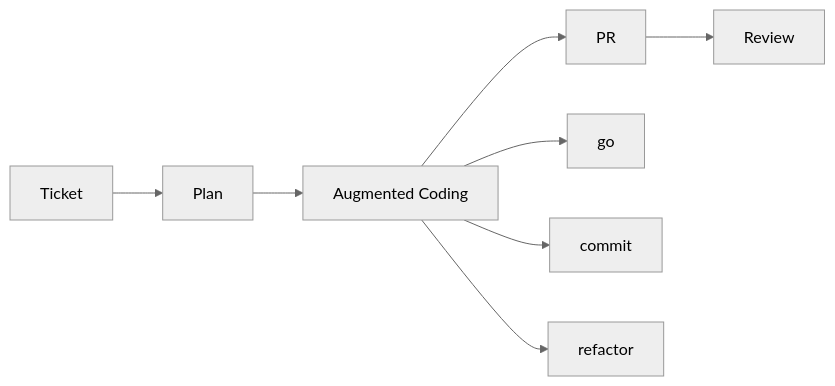
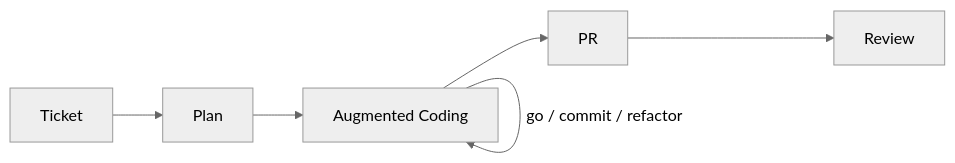
One commit to currenjin/currenjin.github.io changed the diagram in _wiki/augmented-coding.md. Above: the diagram before and after it, drawn with Mermaid (neutral theme).

Commit message:
Docs: Change augmented coding diagram to self-loop labeled go/commit/refactor

````diff
--- a/_wiki/augmented-coding.md
+++ b/_wiki/augmented-coding.md
@@ -59,11 +59,9 @@
 ```mermaid
 flowchart LR
   T["Ticket"] --> P["Plan"]
   P --> A["Augmented Coding"]
   A --> PR["PR"]
   PR --> R["Review"]
 
-  A --> GO["go"]
-  A --> COMMIT["commit"]
-  A --> REFACTOR["refactor"]
+  A -- "go / commit / refactor" --> A
 ```
````
